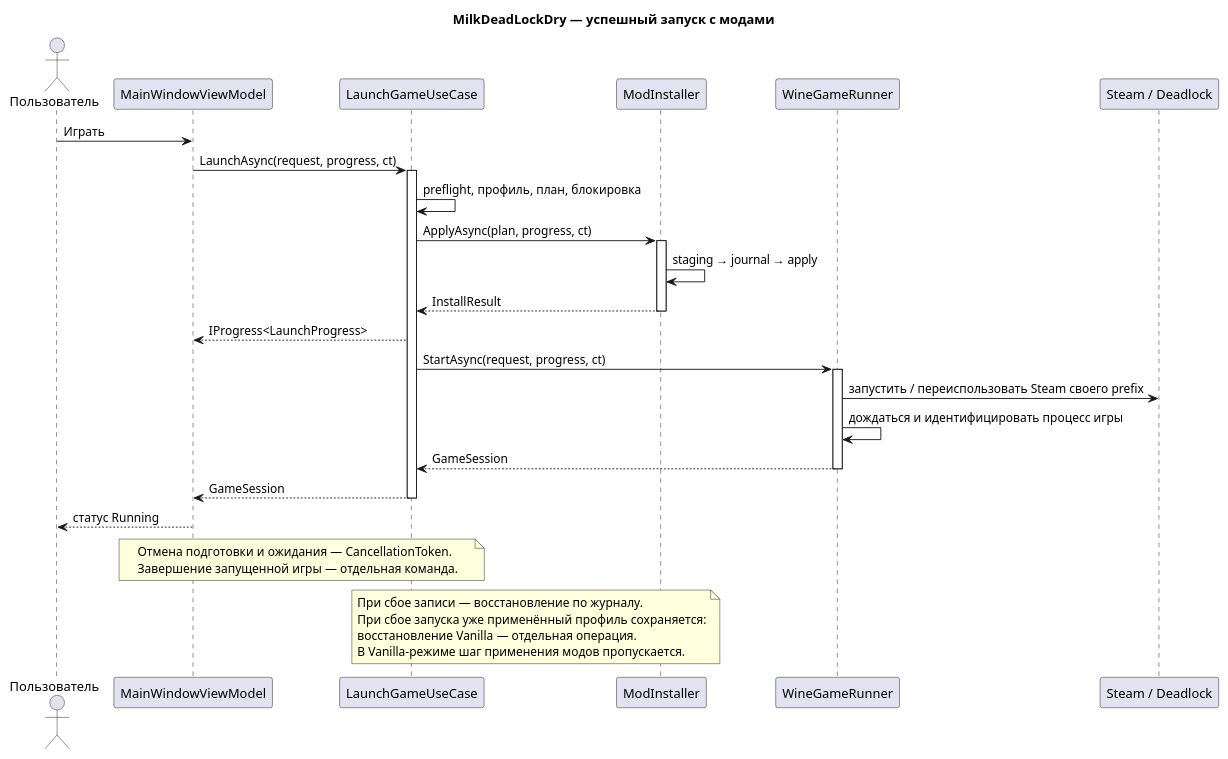
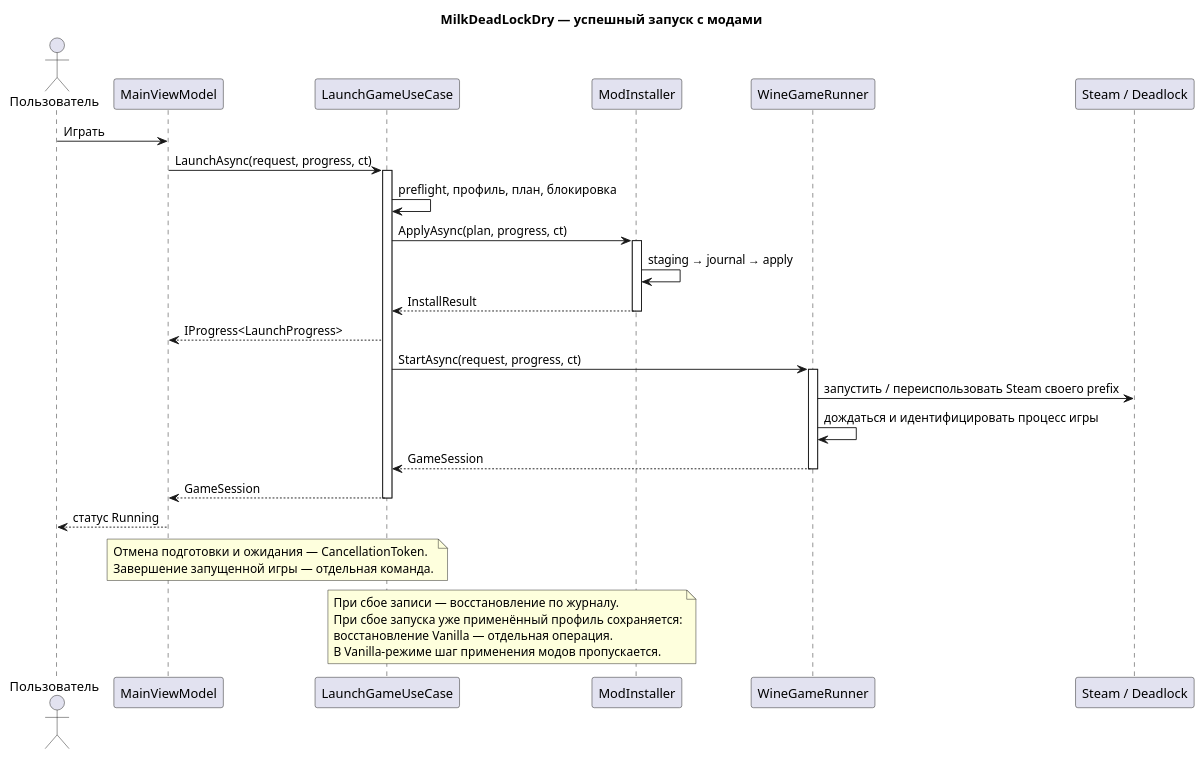
One commit to F3T1W/MilkDeadLockDry changed the third of 3 diagrams in docs/architecture.puml. Above: the diagram before and after it, drawn with PlantUML. The commit also changed other lines of this file and 17 other files, not shown here.

```diff
--- a/docs/architecture.puml
+++ b/docs/architecture.puml
@@ -76,39 +76,39 @@
 @startuml launch
 title MilkDeadLockDry — успешный запуск с модами
 skinparam shadowing false
 actor Пользователь as User
-participant MainWindowViewModel as VM
+participant MainViewModel as VM
 participant LaunchGameUseCase as UC
 participant ModInstaller as Mods
 participant WineGameRunner as Runner
 participant "Steam / Deadlock" as Game
 User -> VM : Играть
 VM -> UC : LaunchAsync(request, progress, ct)
 activate UC
 UC -> UC : preflight, профиль, план, блокировка
 UC -> Mods : ApplyAsync(plan, progress, ct)
 activate Mods
 Mods -> Mods : staging → journal → apply
 Mods --> UC : InstallResult
 deactivate Mods
 UC --> VM : IProgress<LaunchProgress>
 UC -> Runner : StartAsync(request, progress, ct)
 activate Runner
 Runner -> Game : запустить / переиспользовать Steam своего prefix
 Runner -> Runner : дождаться и идентифицировать процесс игры
 Runner --> UC : GameSession
 deactivate Runner
 UC --> VM : GameSession
 deactivate UC
 VM --> User : статус Running
 note over VM, UC
   Отмена подготовки и ожидания — CancellationToken.
   Завершение запущенной игры — отдельная команда.
 end note
 note over UC, Mods
   При сбое записи — восстановление по журналу.
   При сбое запуска уже применённый профиль сохраняется:
   восстановление Vanilla — отдельная операция.
   В Vanilla-режиме шаг применения модов пропускается.
 end note
 @enduml
```
